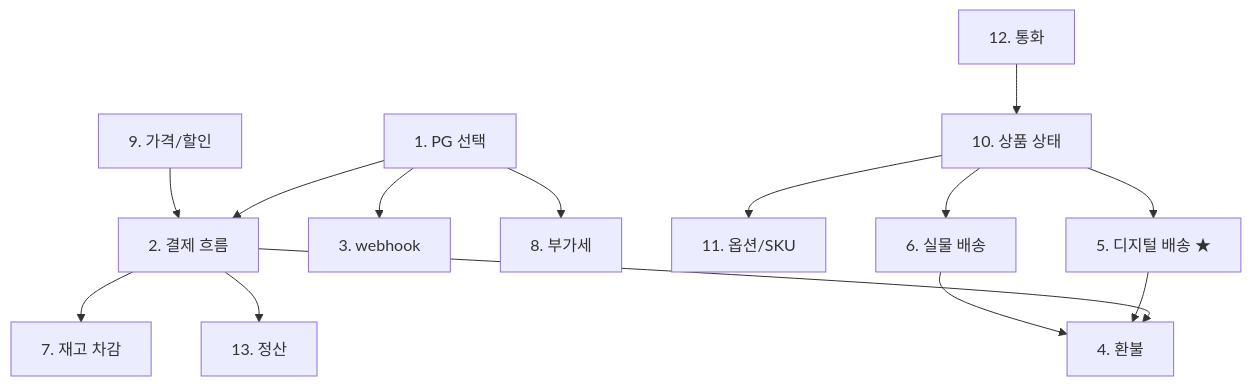
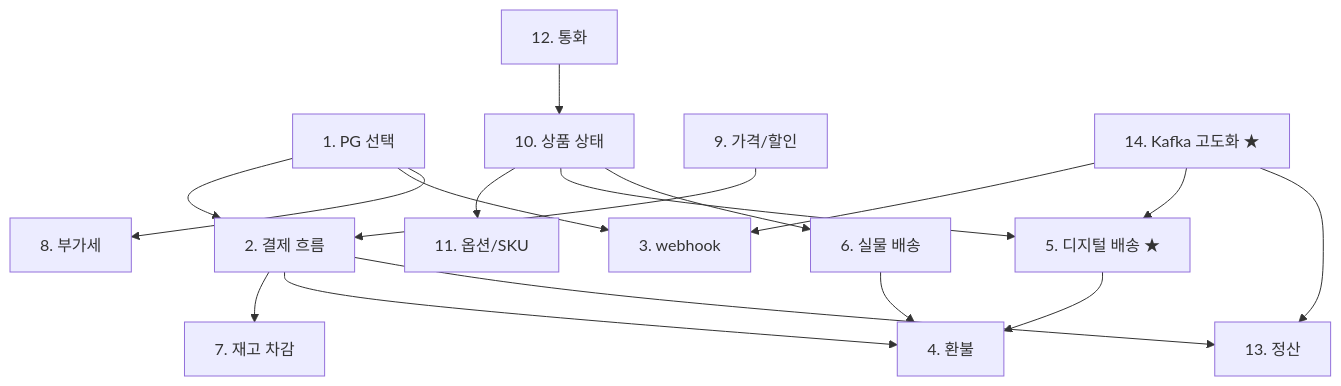
Before and after one commit to yule-studio/yule-agent-vault: the diagram in obsidian-vault/20-areas/backend/spring/java-spring/api-design/product/design-decisions/design-decisions.md, drawn with Mermaid. The commit also changed other lines of this file, not shown here.

Commit message:
📚 product design-decisions hub — Kafka (14) 등록
변경 이유
- design-decisions 13개 + Kafka 고도화 (14) 추가.

주요 변경 사항
- 표 행 14 추가 (kafka-event-driven 링크).
- 결정 순서 mermaid 에 Kafka node (F10+ webhook/디지털/정산 위 layer) 추가.

비고
- Kafka 는 기존 1~13 결정 위의 비동기 / 분산 layer.

````diff
--- a/obsidian-vault/20-areas/backend/spring/java-spring/api-design/product/design-decisions/design-decisions.md
+++ b/obsidian-vault/20-areas/backend/spring/java-spring/api-design/product/design-decisions/design-decisions.md
@@ -51,16 +52,20 @@
 ```mermaid
 flowchart TD
     A[1. PG 선택] --> B[2. 결제 흐름]
     A --> C[3. webhook]
     B --> D[7. 재고 차감]
     B --> E[4. 환불]
     A --> F[8. 부가세]
     B --> G[13. 정산]
     H[10. 상품 상태] --> I[11. 옵션/SKU]
     H --> J[5. 디지털 배송 ★]
     H --> K[6. 실물 배송]
     J --> E
     K --> E
     L[12. 통화] --> H
     M[9. 가격/할인] --> B
+
+    N[14. Kafka 고도화 ★] --> C
+    N --> J
+    N --> G
 ```
````
